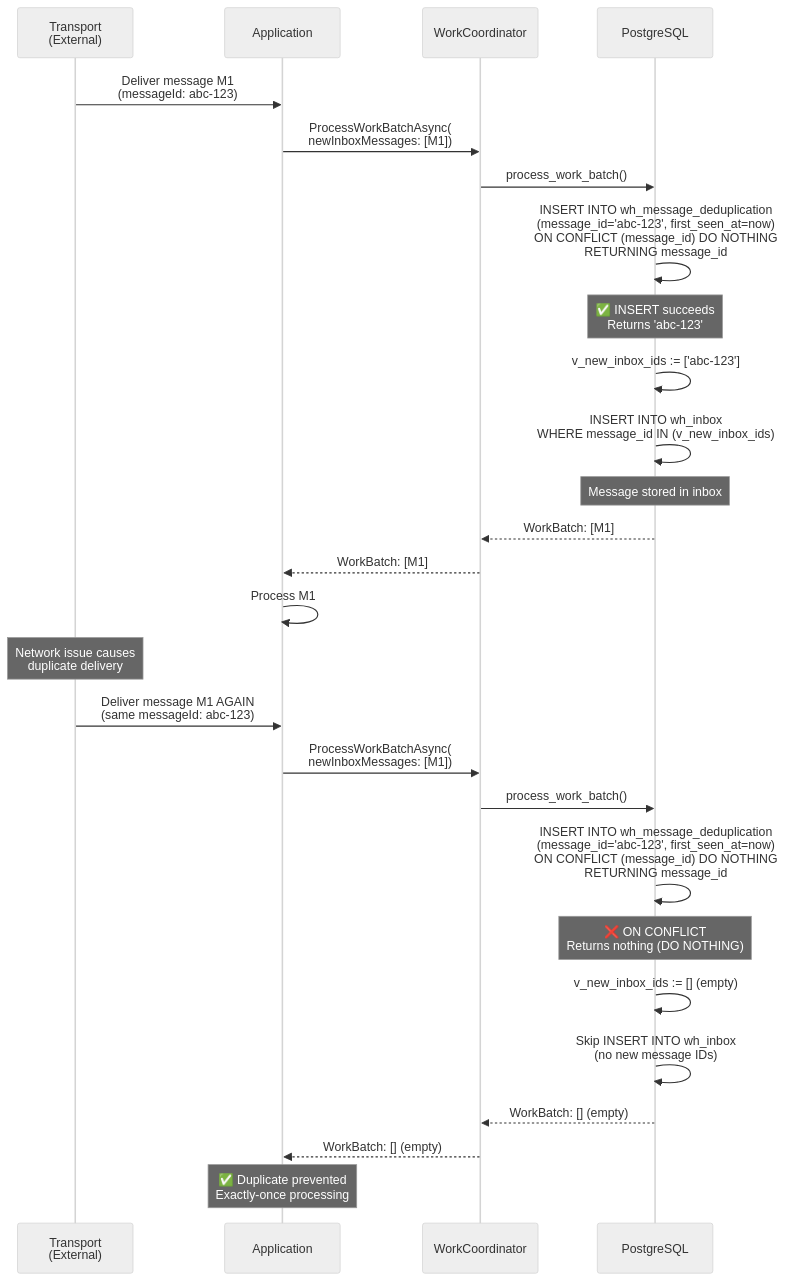
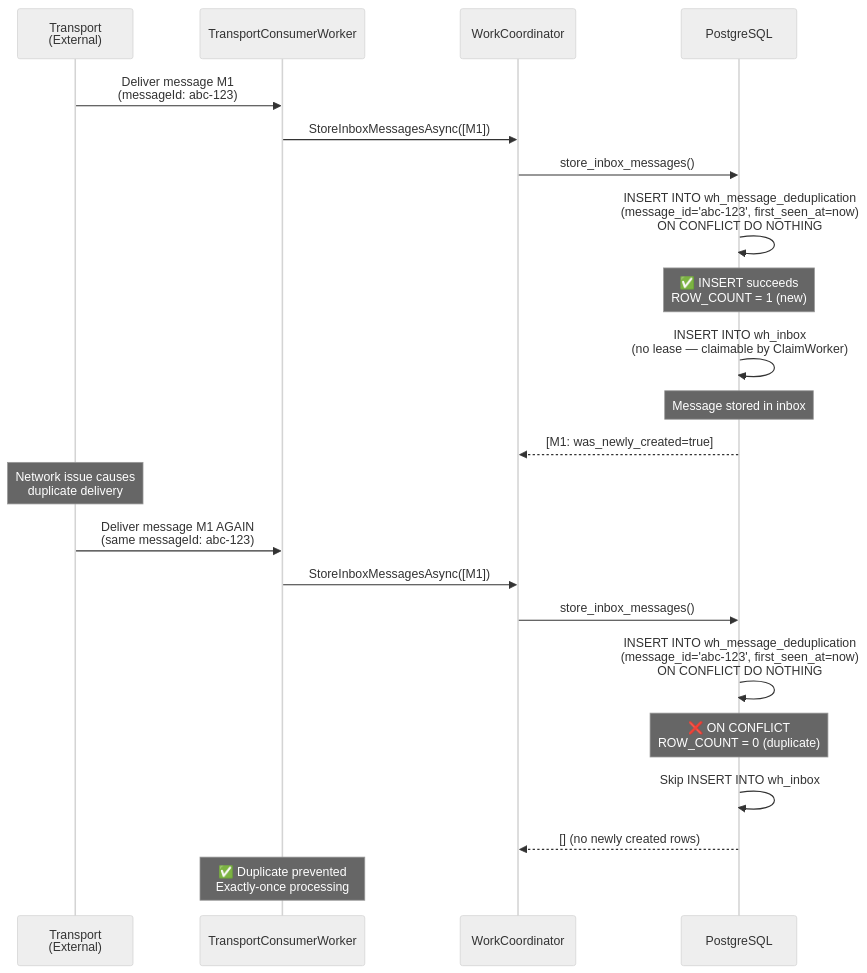
Before and after one commit to whizbang-lib/whizbang-lib.github.io: the first of 3 diagrams in src/assets/docs/v1.0.0/messaging/idempotency-patterns.md, drawn with Mermaid (neutral theme). The commit also changed other lines of this file and 14 other files, not shown here.

````diff
--- a/src/assets/docs/v1.0.0/messaging/idempotency-patterns.md
+++ b/src/assets/docs/v1.0.0/messaging/idempotency-patterns.md
@@ -74,40 +81,34 @@
 ```mermaid
 sequenceDiagram
     participant T as Transport<br/>(External)
-    participant App as Application
+    participant TCW as TransportConsumerWorker
     participant WC as WorkCoordinator
     participant DB as PostgreSQL
 
-    T->>App: Deliver message M1<br/>(messageId: abc-123)
-    App->>WC: ProcessWorkBatchAsync(<br/>newInboxMessages: [M1])
-    WC->>DB: process_work_batch()
+    T->>TCW: Deliver message M1<br/>(messageId: abc-123)
+    TCW->>WC: StoreInboxMessagesAsync([M1])
+    WC->>DB: store_inbox_messages()
 
-    DB->>DB: INSERT INTO wh_message_deduplication<br/>(message_id='abc-123', first_seen_at=now)<br/>ON CONFLICT (message_id) DO NOTHING<br/>RETURNING message_id
-    Note over DB: ✅ INSERT succeeds<br/>Returns 'abc-123'
+    DB->>DB: INSERT INTO wh_message_deduplication<br/>(message_id='abc-123', first_seen_at=now)<br/>ON CONFLICT DO NOTHING
+    Note over DB: ✅ INSERT succeeds<br/>ROW_COUNT = 1 (new)
 
-    DB->>DB: v_new_inbox_ids := ['abc-123']
-    DB->>DB: INSERT INTO wh_inbox<br/>WHERE message_id IN (v_new_inbox_ids)
+    DB->>DB: INSERT INTO wh_inbox<br/>(no lease — claimable by ClaimWorker)
     Note over DB: Message stored in inbox
 
-    DB-->>WC: WorkBatch: [M1]
-    WC-->>App: WorkBatch: [M1]
-
-    App->>App: Process M1
+    DB-->>WC: [M1: was_newly_created=true]
 
     Note over T: Network issue causes<br/>duplicate delivery
 
-    T->>App: Deliver message M1 AGAIN<br/>(same messageId: abc-123)
-    App->>WC: ProcessWorkBatchAsync(<br/>newInboxMessages: [M1])
-    WC->>DB: process_work_batch()
+    T->>TCW: Deliver message M1 AGAIN<br/>(same messageId: abc-123)
+    TCW->>WC: StoreInboxMessagesAsync([M1])
+    WC->>DB: store_inbox_messages()
 
-    DB->>DB: INSERT INTO wh_message_deduplication<br/>(message_id='abc-123', first_seen_at=now)<br/>ON CONFLICT (message_id) DO NOTHING<br/>RETURNING message_id
-    Note over DB: ❌ ON CONFLICT<br/>Returns nothing (DO NOTHING)
+    DB->>DB: INSERT INTO wh_message_deduplication<br/>(message_id='abc-123', first_seen_at=now)<br/>ON CONFLICT DO NOTHING
+    Note over DB: ❌ ON CONFLICT<br/>ROW_COUNT = 0 (duplicate)
 
-    DB->>DB: v_new_inbox_ids := [] (empty)
-    DB->>DB: Skip INSERT INTO wh_inbox<br/>(no new message IDs)
+    DB->>DB: Skip INSERT INTO wh_inbox
 
-    DB-->>WC: WorkBatch: [] (empty)
-    WC-->>App: WorkBatch: [] (empty)
+    DB-->>WC: [] (no newly created rows)
 
-    Note over App: ✅ Duplicate prevented<br/>Exactly-once processing
+    Note over TCW: ✅ Duplicate prevented<br/>Exactly-once processing
 ```
````
